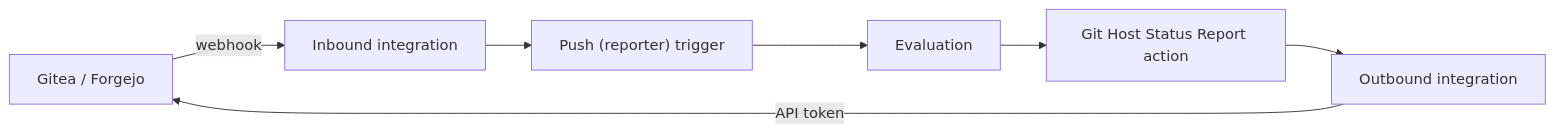
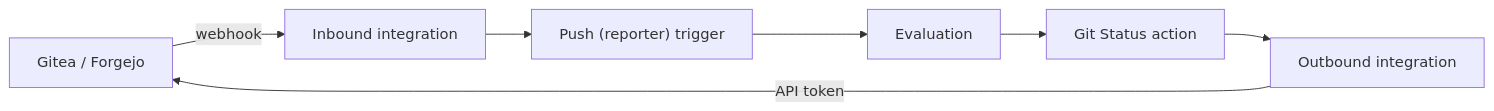
One commit to wavelens/gradient changed the diagram in docs/src/guides/gitea.md. Above: the diagram before and after it, drawn with Mermaid. The commit also changed other lines of this file and 8 other files, not shown here.

````diff
--- a/docs/src/guides/gitea.md
+++ b/docs/src/guides/gitea.md
@@ -14,9 +14,9 @@
 ```mermaid
 flowchart LR
     host["Gitea / Forgejo"] -- webhook --> inbound["Inbound integration"]
     inbound --> trigger["Push (reporter) trigger"]
     trigger --> eval["Evaluation"]
-    eval --> action["Git Host Status Report action"]
+    eval --> action["Git Status action"]
     action --> outbound["Outbound integration"]
     outbound -- "API token" --> host
 ```
````
